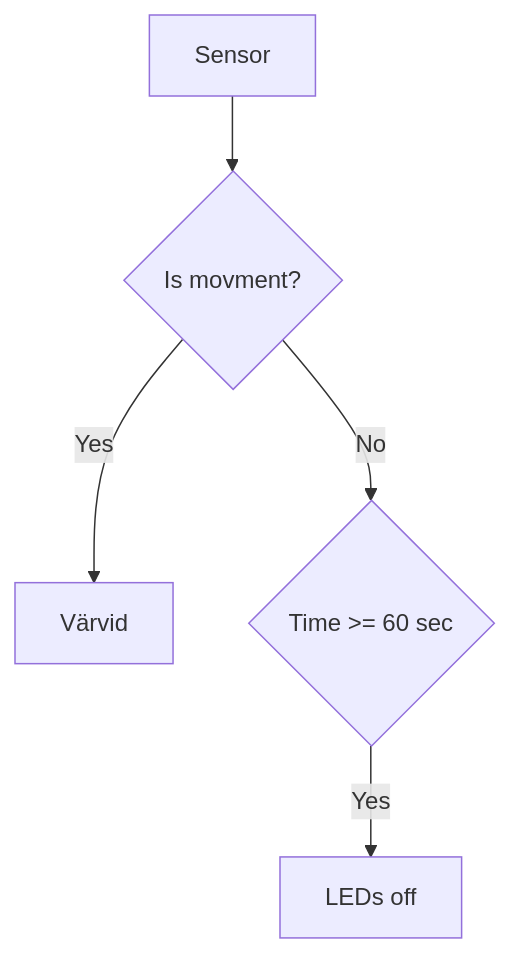
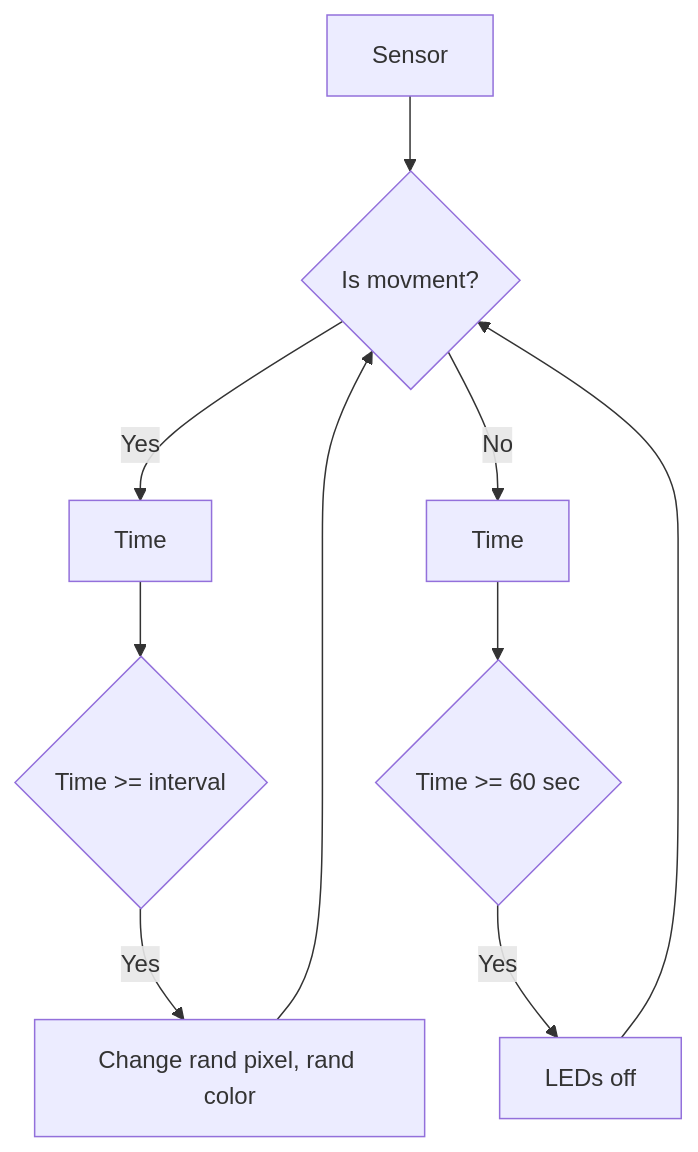
One commit to taunoe/Kolm_silma changed the second of 2 diagrams in README.md. Above: the diagram before and after it, drawn with Mermaid. The commit also changed 1 other file, not shown here.

Commit message:
new graph

````diff
--- a/README.md
+++ b/README.md
@@ -58,8 +58,13 @@
 ```mermaid
   flowchart TD;
     A[Sensor] --> B{Is movment?};
-    B -- Yes --> C[Värvid];
-    B -- No --> D{Time >= 60 sec};
-    D -- Yes --> E[LEDs off]
+    B -- Yes --> H[Time];
+    H --> C{Time >= interval};
+    B -- No --> G[Time];
+    G --> D{Time >= 60 sec};
+    D -- Yes --> E[LEDs off];
+    E --> B;
+    C -- Yes --> F[Change rand pixel, rand color];
+    F --> B;
 
 ```
````
